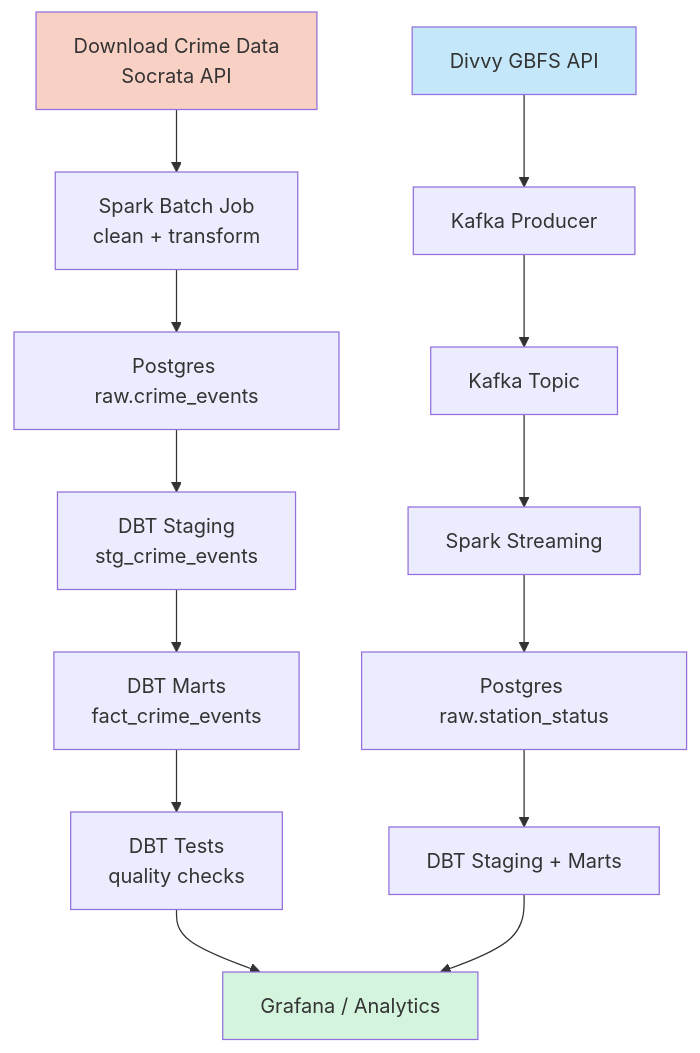
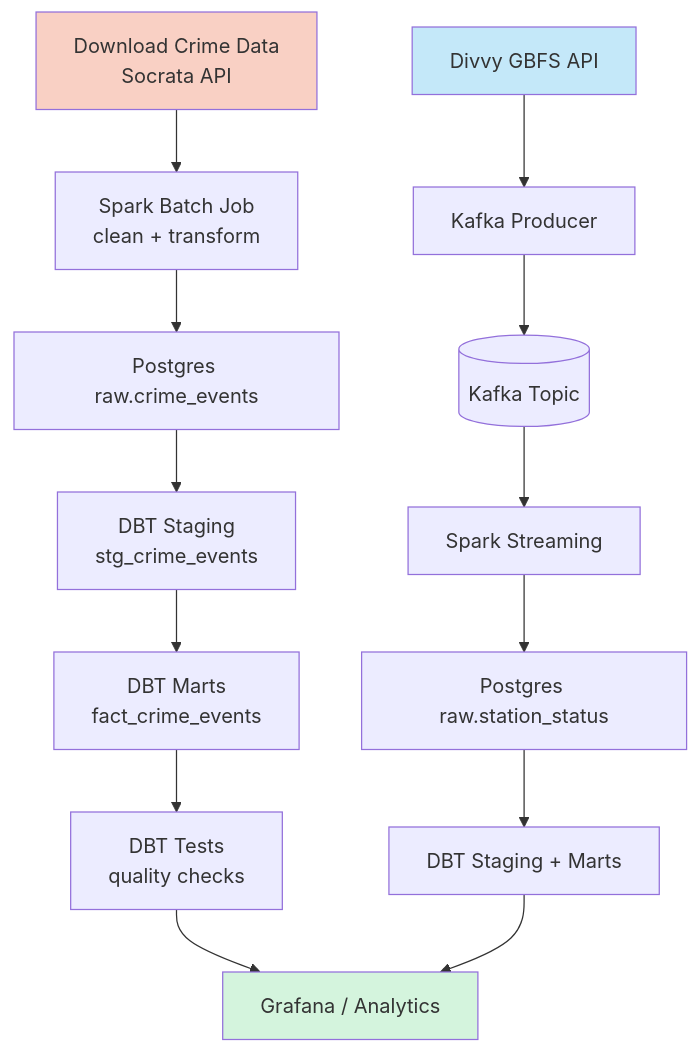
Before and after one commit to SagarMarthandan/chicago-data-pipeline: the second of 3 diagrams in README.md, drawn with Mermaid. The commit also changed other lines of this file and 1 other file, not shown here.

````diff
--- a/README.md
+++ b/README.md
@@ -60,20 +60,20 @@
 ```mermaid
 flowchart TD
-    A[Download Crime Data<br/>Socrata API] --> B[Spark Batch Job<br/>clean + transform]
-    B --> C[Postgres raw.crime_events]
-    C --> D[DBT Staging<br/>stg_crime_events]
-    D --> E[DBT Marts<br/>fact_crime_events]
-    E --> F[DBT Tests<br/>quality checks]
-    F --> G[Grafana / Analytics]
+    A["Download Crime Data<br/>Socrata API"] --> B["Spark Batch Job<br/>clean + transform"]
+    B --> C["Postgres raw.crime_events"]
+    C --> D["DBT Staging<br/>stg_crime_events"]
+    D --> E["DBT Marts<br/>fact_crime_events"]
+    E --> F["DBT Tests<br/>quality checks"]
+    F --> G["Grafana / Analytics"]
 
-    H[Divvy GBFS API] --> I[Kafka Producer]
-    I --> J[Kafka Topic]
+    H["Divvy GBFS API"] --> I[Kafka Producer]
+    I --> J[(Kafka Topic)]
     J --> K[Spark Streaming]
-    K --> L[Postgres raw.station_status]
-    L --> M[DBT Staging + Marts]
+    K --> L["Postgres raw.station_status"]
+    L --> M["DBT Staging + Marts"]
     M --> G
 
     style A fill:#f9d0c4
     style H fill:#c4e8f9
     style G fill:#d4f4dd
 ```
````
